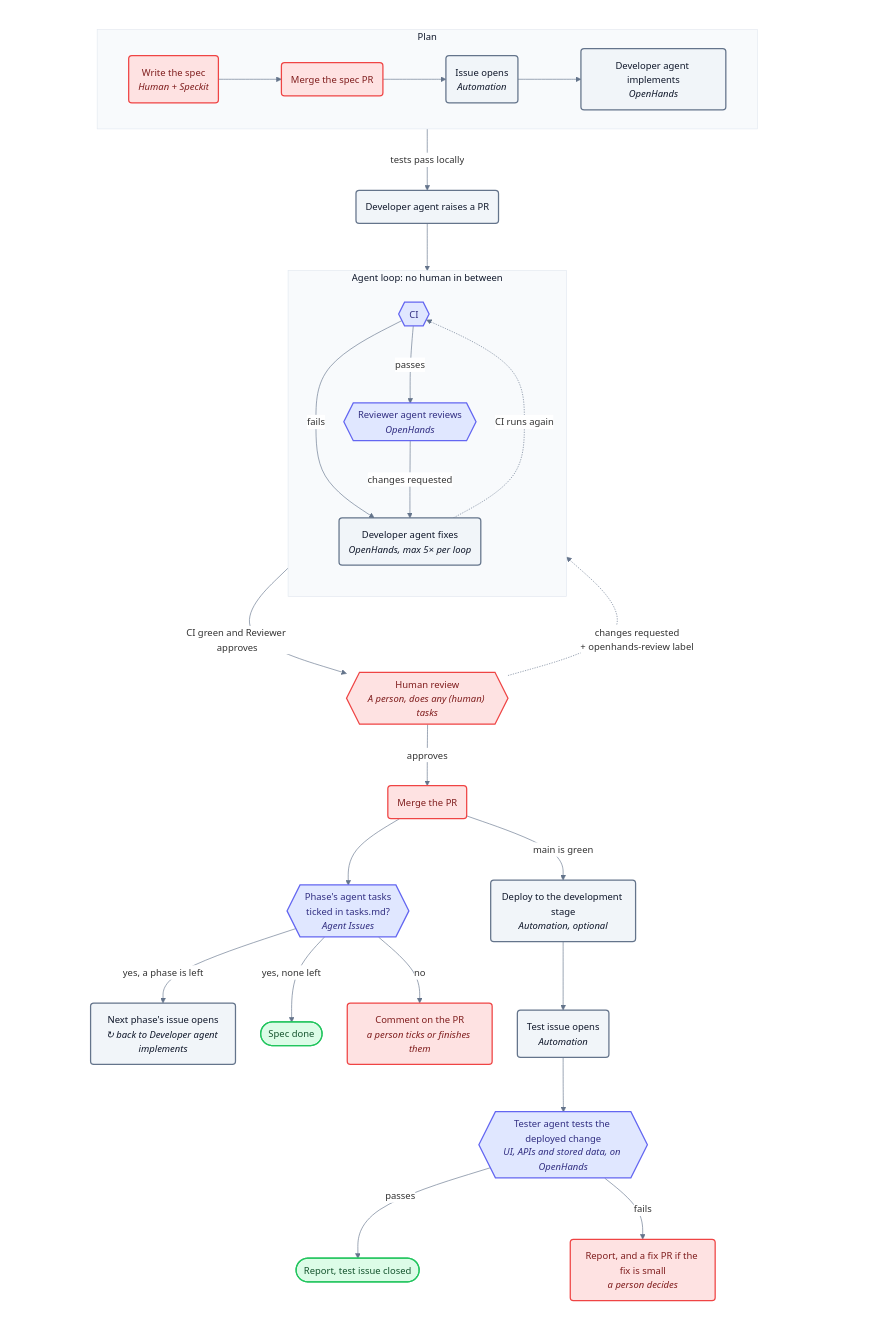
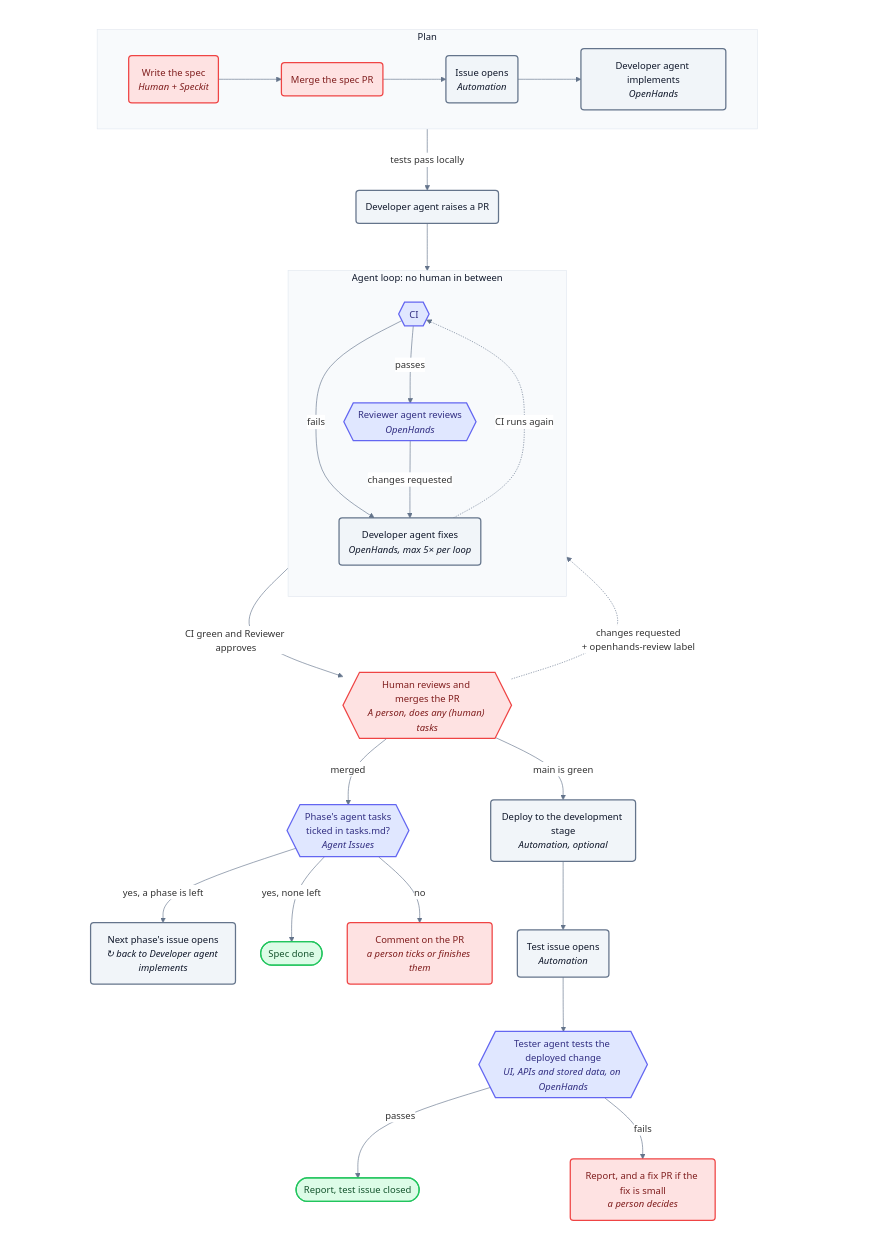
One commit to AlexTo/agentic-sdlc changed the diagram in docs/diagrams/agentic-loop.mmd. Above: the diagram before and after it, drawn with Mermaid. The commit also changed 1 other file, not shown here.

Commit message:
docs: merge the agentic loop's human review and merge into one box

```diff
--- a/docs/diagrams/agentic-loop.mmd
+++ b/docs/diagrams/agentic-loop.mmd
@@ -1,61 +1,60 @@
 %%{init: {"theme": "base", "flowchart": {"curve": "basis", "nodeSpacing": 40, "rankSpacing": 50}, "themeVariables": {"fontFamily": "Inter, system-ui, sans-serif", "fontSize": "15px", "lineColor": "#64748b", "background": "#ffffff", "textColor": "#0f172a", "titleColor": "#0f172a", "edgeLabelBackground": "#ffffff", "clusterBkg": "#f8fafc", "clusterBorder": "#e2e8f0"}}}%%
 flowchart TB
     subgraph ALL[" "]
     direction TB
     subgraph PLAN["Plan"]
         direction LR
         S("`Write the spec
 _Human + Speckit_`") --> M1("Merge the spec PR")
         M1 --> I("`Issue opens
 _Automation_`")
         I --> IMPL("`Developer agent implements
 _OpenHands_`")
     end
 
     subgraph VERIFY["Agent loop: no human in between"]
         direction TB
         CI{{"CI"}} -- "passes" --> AR{{"`Reviewer agent reviews
 _OpenHands_`"}}
         CI -- "fails" --> FIX("`Developer agent fixes
 _OpenHands, max 5× per loop_`")
         AR -- "changes requested" --> FIX
         FIX -. "CI runs again" .-> CI
     end
 
     PLAN -- "tests pass locally" --> PR("Developer agent raises a PR")
     PR --> VERIFY
-    VERIFY -- "CI green and Reviewer approves" --> HR{{"`Human review
+    VERIFY -- "CI green and Reviewer approves" --> HR{{"`Human reviews and merges the PR
 _A person, does any (human) tasks_`"}}
-    HR -- "approves" --> MERGED("Merge the PR")
-    MERGED --> TICK{{"`Phase's agent tasks
+    HR -- "merged" --> TICK{{"`Phase's agent tasks
 ticked in tasks.md?
 _Agent Issues_`"}}
     TICK -- "yes, a phase is left" --> NEXT("`Next phase's issue opens
 _↻ back to Developer agent implements_`")
     TICK -- "yes, none left" --> Done(["Spec done"])
     TICK -- "no" --> STALL("`Comment on the PR
 _a person ticks or finishes them_`")
     HR -. "changes requested<br/>+ openhands-review label" .-> VERIFY
 
-    MERGED -- "main is green" --> DEPLOY("`Deploy to the development stage
+    HR -- "main is green" --> DEPLOY("`Deploy to the development stage
 _Automation, optional_`")
     DEPLOY --> TISSUE("`Test issue opens
 _Automation_`")
     TISSUE --> TEST{{"`Tester agent tests the deployed change
 _UI, APIs and stored data, on OpenHands_`"}}
     TEST -- "passes" --> TDONE(["Report, test issue closed"])
     TEST -- "fails" --> TFAIL("`Report, and a fix PR if the fix is small
 _a person decides_`")
 
     end
     style ALL fill:#ffffff,stroke:#ffffff,color:#ffffff
 
     classDef human fill:#fee2e2,stroke:#ef4444,stroke-width:2px,color:#7f1d1d
     classDef agent fill:#f1f5f9,stroke:#64748b,stroke-width:2px,color:#0f172a
     classDef gate fill:#e0e7ff,stroke:#6366f1,stroke-width:2px,color:#312e81
     classDef done fill:#dcfce7,stroke:#22c55e,stroke-width:2px,color:#14532d
     class S,M1 human
     class I,IMPL,PR,FIX,NEXT,DEPLOY,TISSUE agent
     class CI,AR,TICK,TEST gate
-    class HR,MERGED,STALL,TFAIL human
+    class HR,STALL,TFAIL human
     class Done,TDONE done
```
